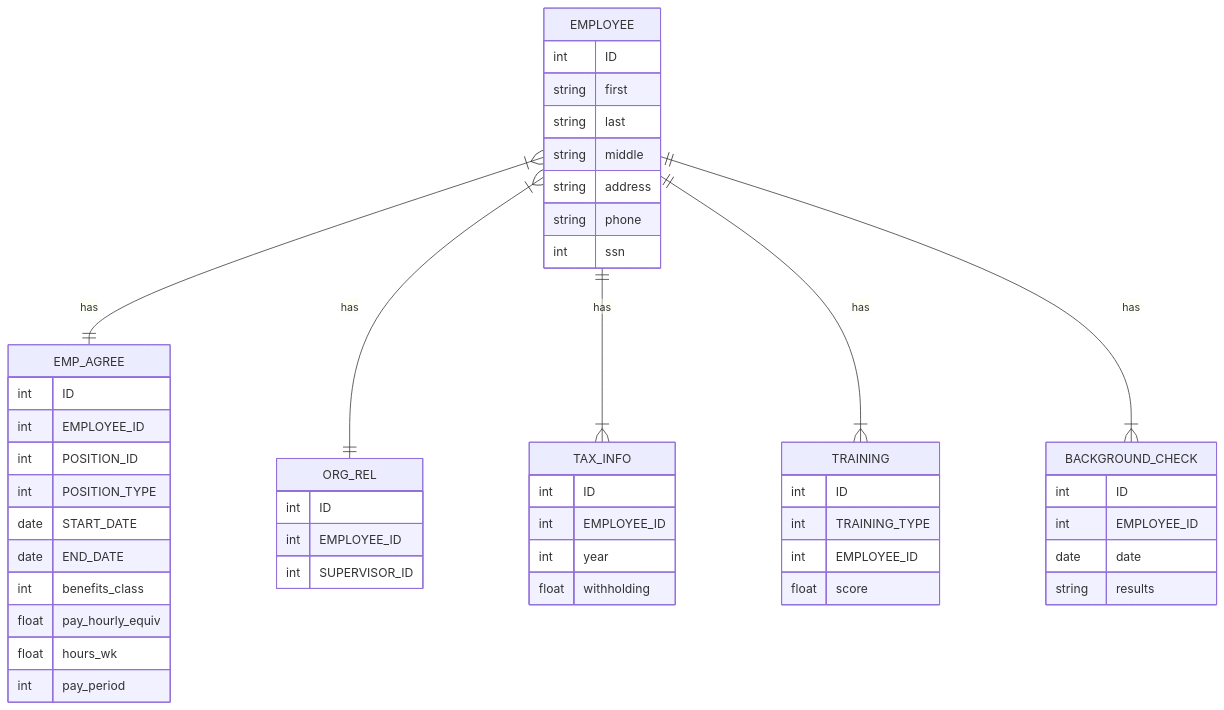
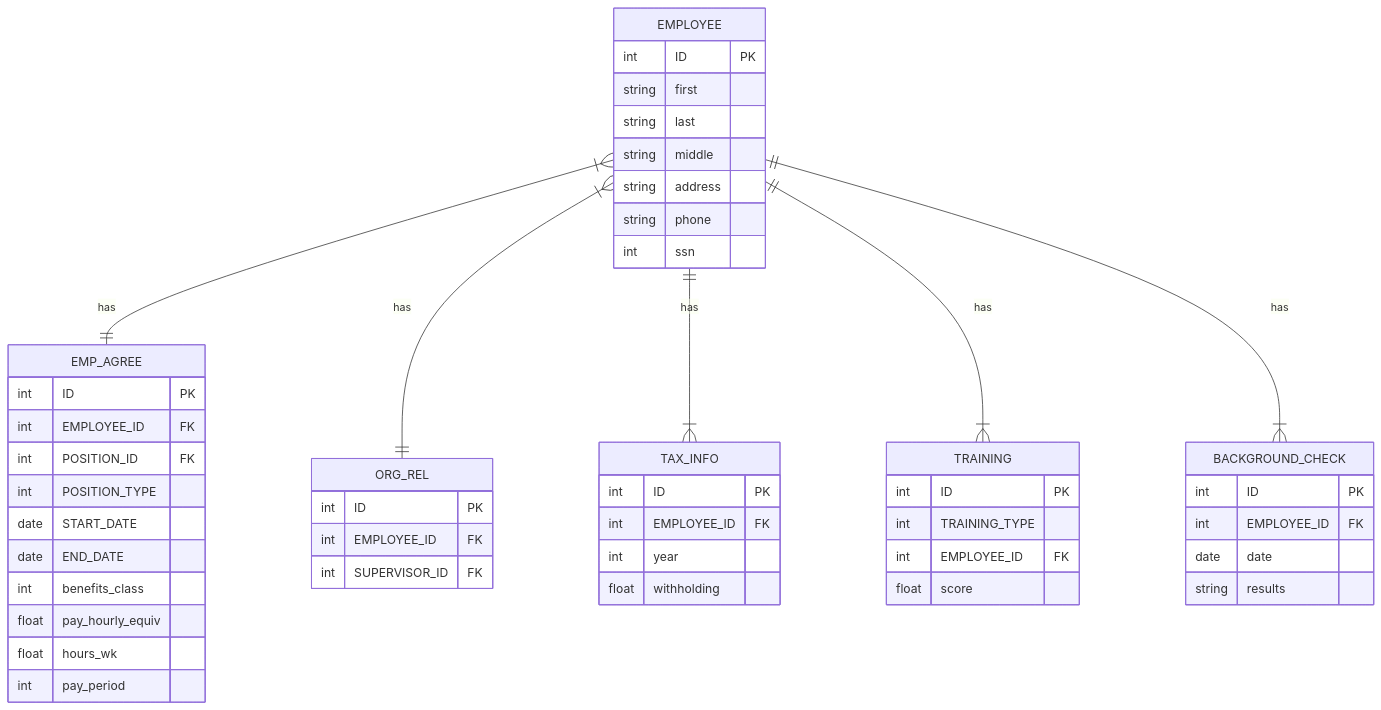
One commit to srvanderplas/stat-computing-r-python changed the diagram in images/advanced/employee-records.mmd. Above: the diagram before and after it, drawn with Mermaid. The commit also changed 23 other files, not shown here.

```diff
--- a/images/advanced/employee-records.mmd
+++ b/images/advanced/employee-records.mmd
@@ -1,56 +1,56 @@
 erDiagram
   EMPLOYEE {
-    int ID
+    int ID PK
     string first
     string last
     string middle
     string address
     string phone
     int ssn
   }
   BACKGROUND_CHECK {
-    int ID
-    int EMPLOYEE_ID
+    int ID PK
+    int EMPLOYEE_ID FK
     date date
     string results
   }
   TAX_INFO {
-    int ID
-    int EMPLOYEE_ID
+    int ID PK
+    int EMPLOYEE_ID FK
     int year
     float withholding
   }
   TRAINING {
-    int ID
+    int ID PK
     int TRAINING_TYPE
-    int EMPLOYEE_ID
+    int EMPLOYEE_ID FK
     float score
   }
   EMP_AGREE {
-    int ID
-    int EMPLOYEE_ID
-    int POSITION_ID
+    int ID PK
+    int EMPLOYEE_ID FK
+    int POSITION_ID FK
     int POSITION_TYPE
     date START_DATE
     date END_DATE
     int benefits_class
     float pay_hourly_equiv
     float hours_wk
     int pay_period
   }
   ORG_REL {
-    int ID
-    int EMPLOYEE_ID
-    int SUPERVISOR_ID
+    int ID PK
+    int EMPLOYEE_ID FK
+    int SUPERVISOR_ID FK
   }
   EMPLOYEE }|--|| EMP_AGREE : has
   EMPLOYEE }|--|| ORG_REL : has
   EMPLOYEE ||--|{ TAX_INFO : has
   EMPLOYEE ||--|{ TRAINING : has
   EMPLOYEE ||--|{ BACKGROUND_CHECK : has
 
 
   accTitle: Sample Company Employee-related Records
   accDescr {
     This diagram contains information about corporate records relating to a single employee, such as employee details, supervisory relationships, employment agreement details, training records, tax information, and background checks.
   }
```
